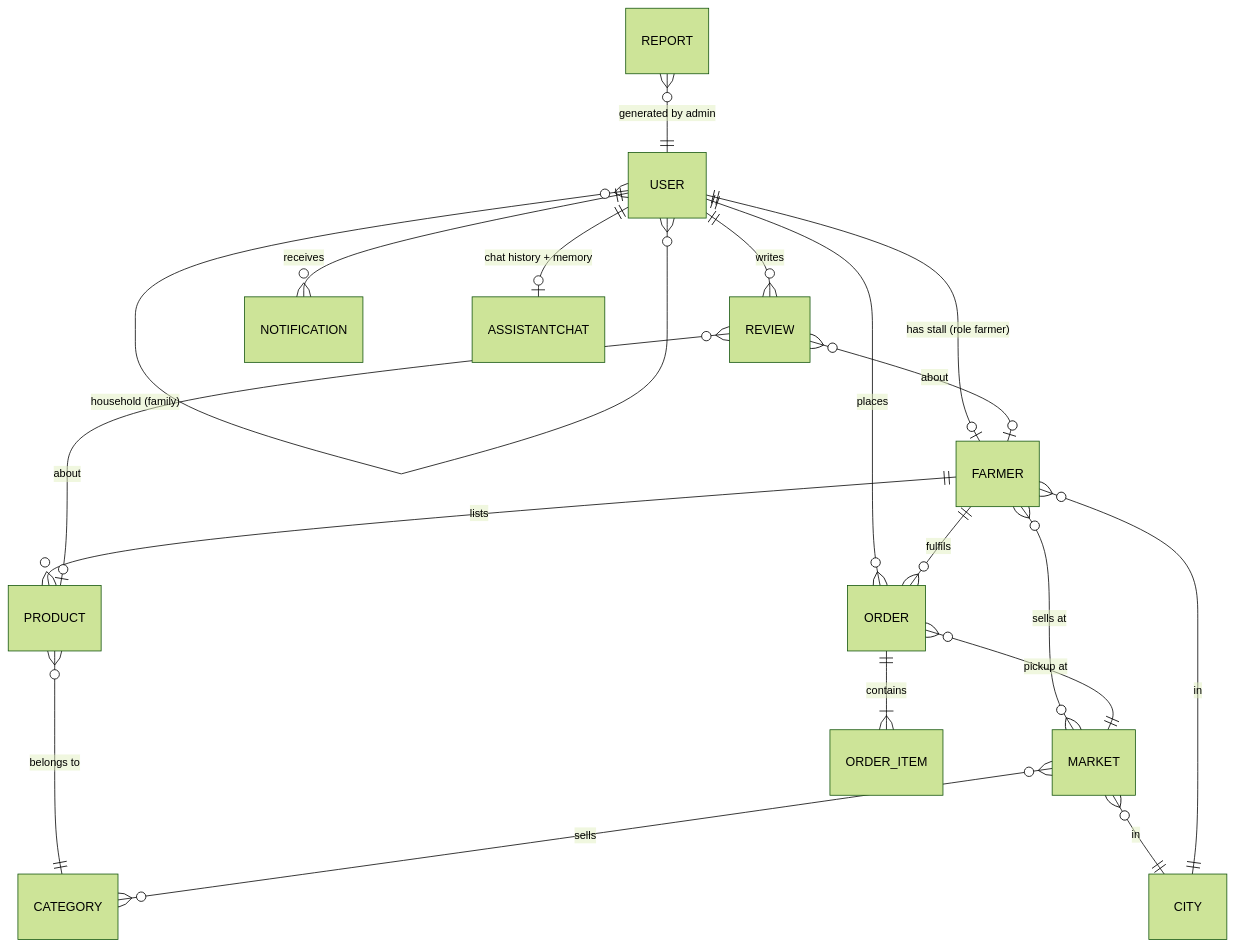
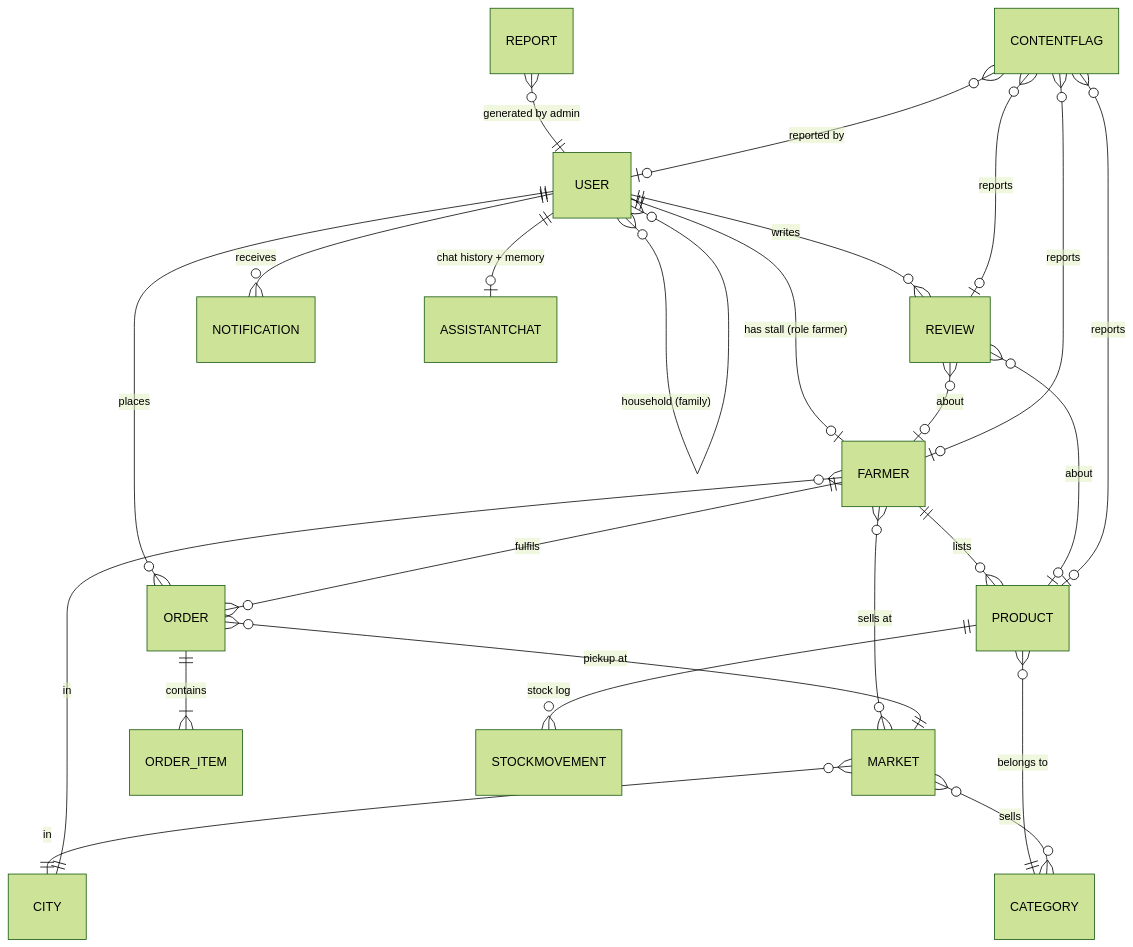
One commit to gulam603/TechWiz2026 changed the third of 4 diagrams in MarketLink/docs/architecture.md. Above: the diagram before and after it, drawn with Mermaid (forest theme). The commit also changed other lines of this file and 192 other files, not shown here.

````diff
--- a/MarketLink/docs/architecture.md
+++ b/MarketLink/docs/architecture.md
@@ -109,21 +109,26 @@
 ```mermaid
 erDiagram
   USER ||--o| FARMER : "has stall (role farmer)"
   USER ||--o{ ORDER : places
   USER ||--o{ REVIEW : writes
   USER ||--o{ NOTIFICATION : receives
   USER ||--o| ASSISTANTCHAT : "chat history + memory"
   USER }o--o{ USER : "household (family)"
   FARMER ||--o{ PRODUCT : lists
   FARMER }o--o{ MARKET : "sells at"
   FARMER ||--o{ ORDER : fulfils
   PRODUCT }o--|| CATEGORY : "belongs to"
   MARKET }o--o{ CATEGORY : "sells"
   MARKET }o--|| CITY : "in"
   FARMER }o--|| CITY : "in"
   ORDER }o--|| MARKET : "pickup at"
   ORDER ||--|{ ORDER_ITEM : contains
   REVIEW }o--o| PRODUCT : about
   REVIEW }o--o| FARMER : about
   REPORT }o--|| USER : "generated by admin"
+  PRODUCT ||--o{ STOCKMOVEMENT : "stock log"
+  CONTENTFLAG }o--o| REVIEW : reports
+  CONTENTFLAG }o--o| PRODUCT : reports
+  CONTENTFLAG }o--o| FARMER : reports
+  CONTENTFLAG }o--o| USER : "reported by"
 ```
````
